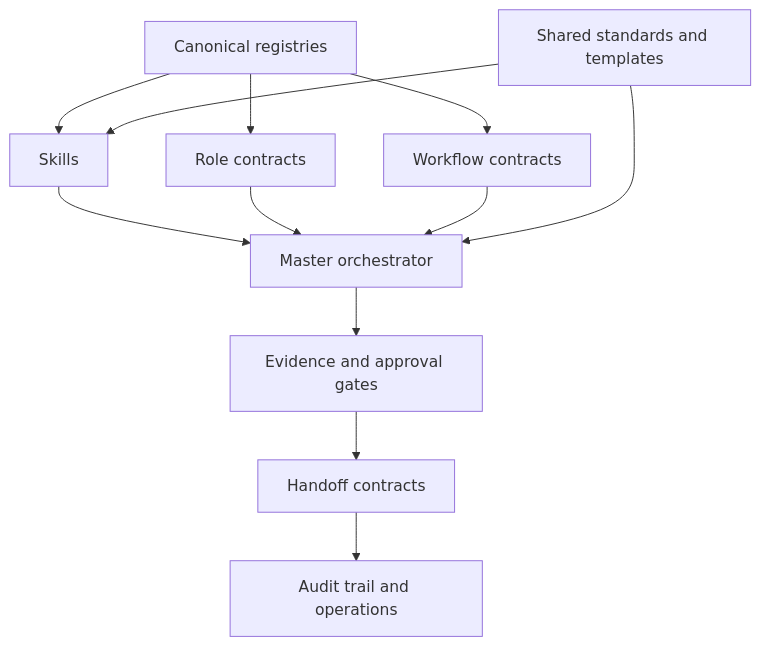
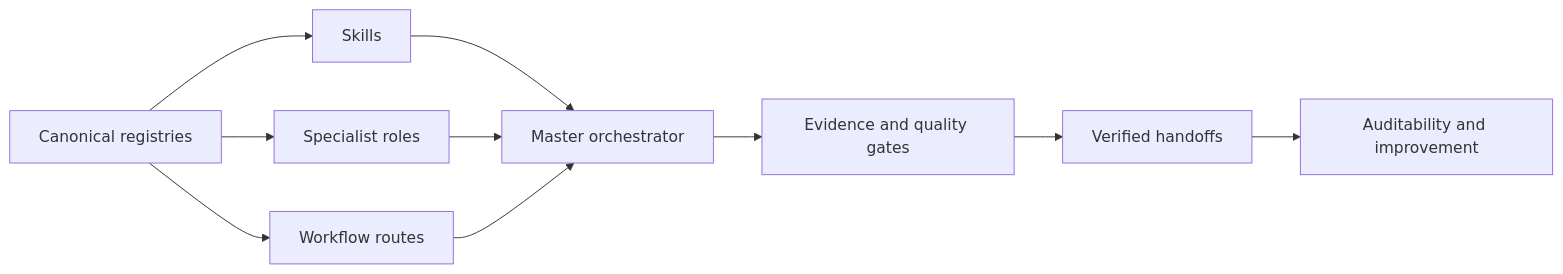
One commit to kirubaharan181/sdlc-agentic-skills changed the diagram in README.md. Above: the diagram before and after it, drawn with Mermaid. The commit also changed other lines of this file, not shown here.

````diff
--- a/README.md
+++ b/README.md
@@ -108,14 +71,12 @@
-```mermaid
-flowchart TB
-    R[Canonical registries] --> S[Skills]
-    R --> A[Role contracts]
-    R --> W[Workflow contracts]
-    S --> O[Master orchestrator]
-    A --> O
-    W --> O
-    O --> G[Evidence and approval gates]
-    G --> H[Handoff contracts]
-    H --> X[Audit trail and operations]
-    P[Shared standards and templates] --> S
-    P --> O
-```
+~~~mermaid
+flowchart LR
+    A[Canonical registries] --> B[Skills]
+    A --> C[Specialist roles]
+    A --> D[Workflow routes]
+    B --> E[Master orchestrator]
+    C --> E
+    D --> E
+    E --> F[Evidence and quality gates]
+    F --> G[Verified handoffs]
+    G --> H[Auditability and improvement]
+~~~
````
